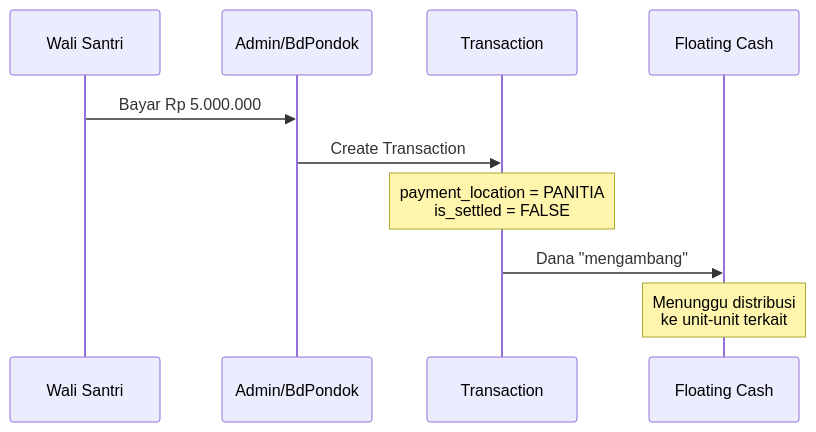
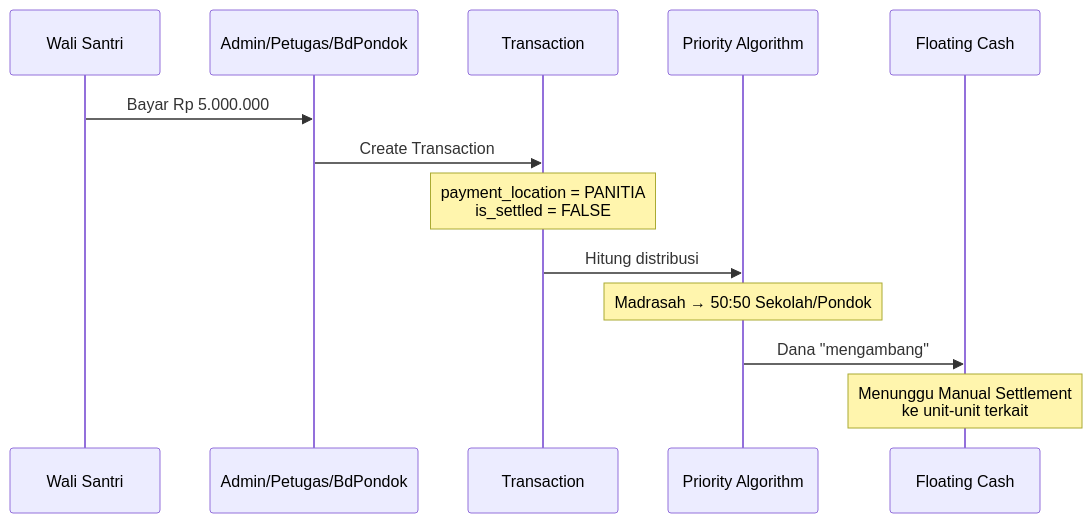
One commit to mfauzanhanif/psb changed the second of 4 diagrams in docs/HYBRID_CASH_COLLECTION.md. Above: the diagram before and after it, drawn with Mermaid. The commit also changed other lines of this file and 1 other file, not shown here.

````diff
--- a/docs/HYBRID_CASH_COLLECTION.md
+++ b/docs/HYBRID_CASH_COLLECTION.md
@@ -73,13 +75,16 @@
 ```mermaid
 sequenceDiagram
     participant W as Wali Santri
-    participant A as Admin/BdPondok
+    participant A as Admin/Petugas/BdPondok
     participant T as Transaction
+    participant PA as Priority Algorithm
     participant F as Floating Cash
 
     W->>A: Bayar Rp 5.000.000
     A->>T: Create Transaction
     Note over T: payment_location = PANITIA<br/>is_settled = FALSE
-    T->>F: Dana "mengambang"
-    Note over F: Menunggu distribusi<br/>ke unit-unit terkait
+    T->>PA: Hitung distribusi
+    Note over PA: Madrasah → 50:50 Sekolah/Pondok
+    PA->>F: Dana "mengambang"
+    Note over F: Menunggu Manual Settlement<br/>ke unit-unit terkait
 ```
````
